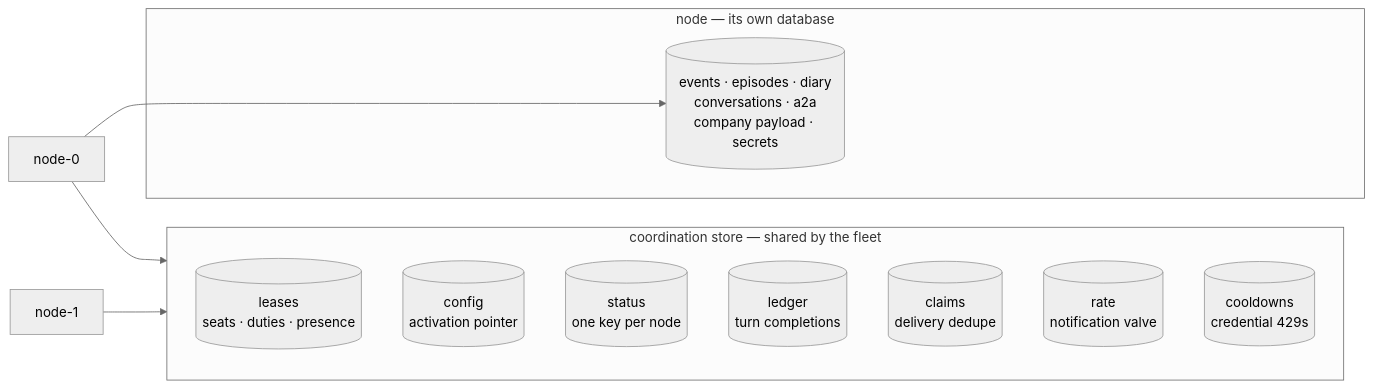
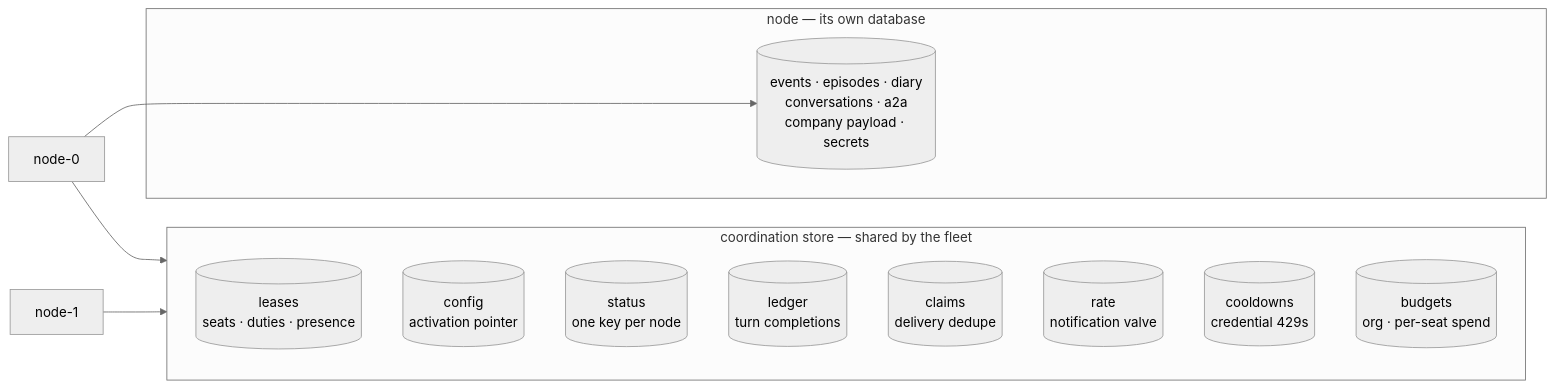
One commit to crewlet/crewlet changed the diagram in docs/concepts/coordination.md. Above: the diagram before and after it, drawn with Mermaid (neutral theme). The commit also changed other lines of this file and 30 other files, not shown here.

````diff
--- a/docs/concepts/coordination.md
+++ b/docs/concepts/coordination.md
@@ -37,18 +38,19 @@
 ```mermaid
 flowchart LR
     subgraph COORD["coordination store — shared by the fleet"]
         L[("leases<br/>seats · duties · presence")]
         C[("config<br/>activation pointer")]
         S[("status<br/>one key per node")]
         LG[("ledger<br/>turn completions")]
         CL[("claims<br/>delivery dedupe")]
         R[("rate<br/>notification valve")]
         CD[("cooldowns<br/>credential 429s")]
+        B[("budgets<br/>org · per-seat spend")]
     end
     subgraph NODE["node — its own database"]
         DB[("events · episodes · diary<br/>conversations · a2a<br/>company payload · secrets")]
     end
     N1["node-0"] --> COORD
     N2["node-1"] --> COORD
     N1 --> DB
 ```
````
